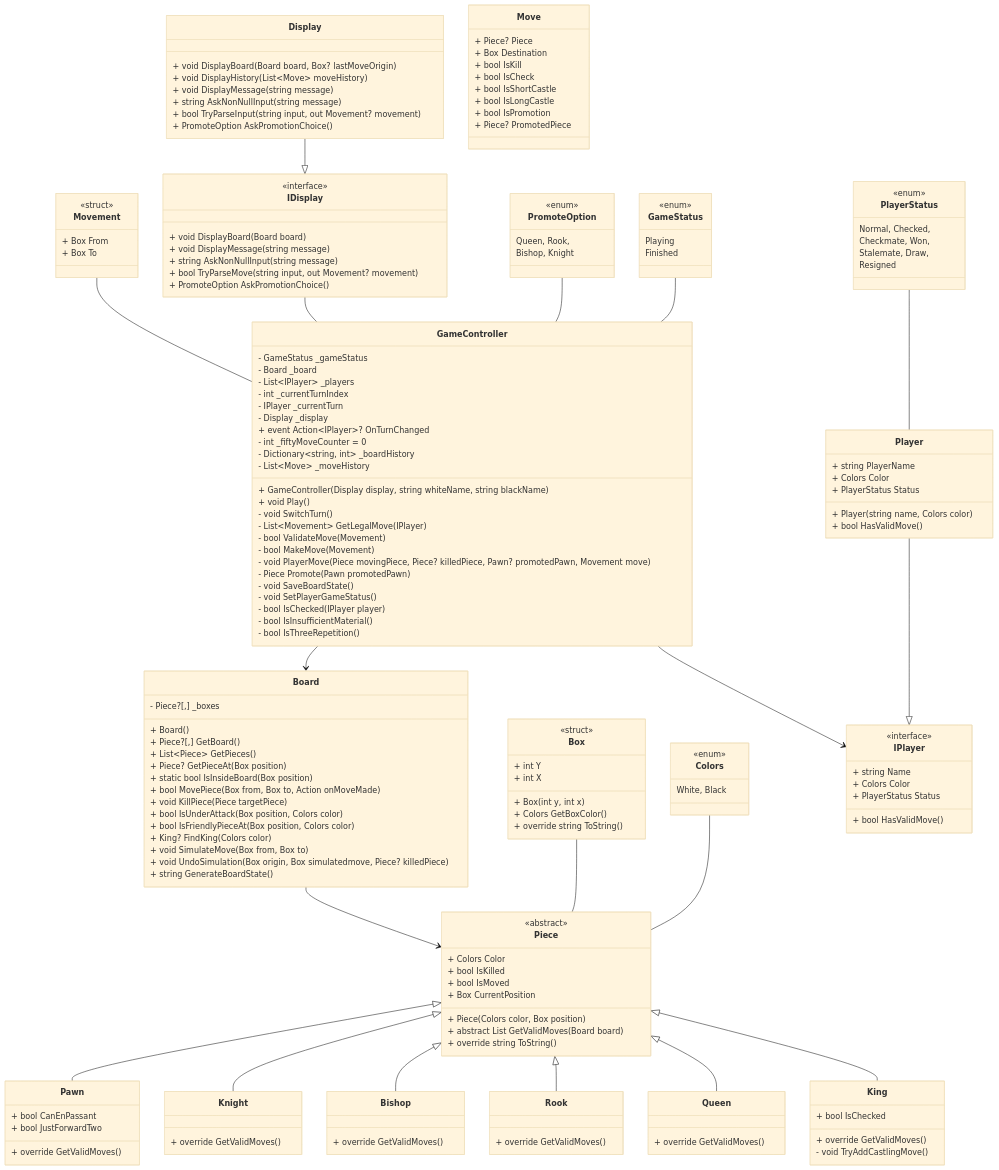
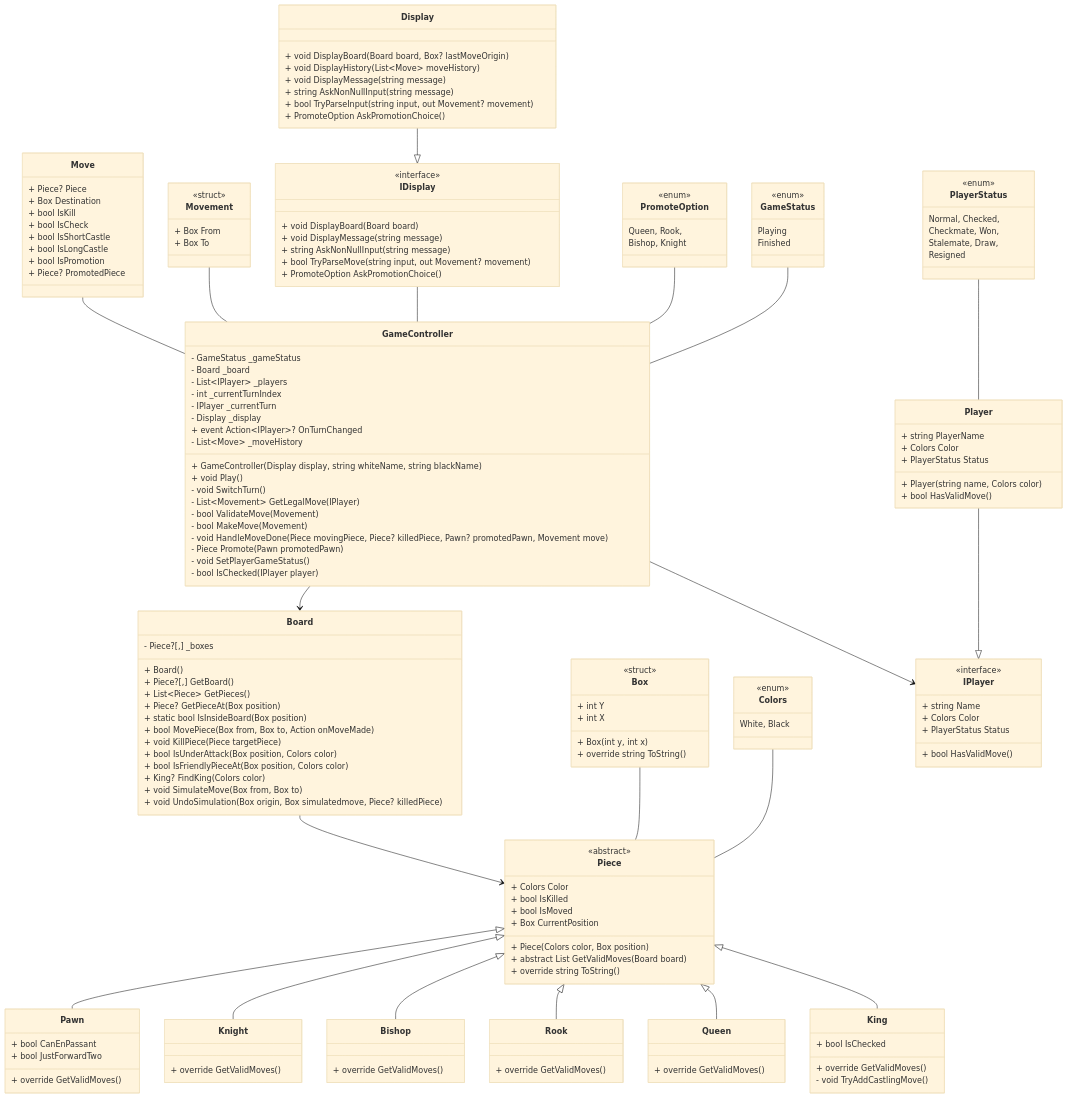
Before and after one commit to soniaagst/project-sonia: the diagram in BoardGame/chess2.mmd, drawn with Mermaid (base theme). The commit also changed 32 other files, not shown here.

```diff
--- a/BoardGame/chess2.mmd
+++ b/BoardGame/chess2.mmd
@@ -1,190 +1,184 @@
 classDiagram
     class GameController {
         - GameStatus _gameStatus
         - Board _board
         - List~IPlayer~ _players
         - int _currentTurnIndex
         - IPlayer _currentTurn
         - Display _display
         + event Action~IPlayer~? OnTurnChanged
-        - int _fiftyMoveCounter = 0
-        - Dictionary~string, int~ _boardHistory
         - List~Move~ _moveHistory
         + GameController(Display display, string whiteName, string blackName)
         + void Play()
         - void SwitchTurn()
         - List~Movement~ GetLegalMove(IPlayer)
         - bool ValidateMove(Movement)
         - bool MakeMove(Movement)
-        - void PlayerMove(Piece movingPiece, Piece? killedPiece, Pawn? promotedPawn, Movement move)
+        - void HandleMoveDone(Piece movingPiece, Piece? killedPiece, Pawn? promotedPawn, Movement move)
         - Piece Promote(Pawn promotedPawn)
-        - void SaveBoardState()
         - void SetPlayerGameStatus()
         - bool IsChecked(IPlayer player)
-        - bool IsInsufficientMaterial()
-        - bool IsThreeRepetition()
     }
 
     class Display {
         + void DisplayBoard(Board board, Box? lastMoveOrigin)
         + void DisplayHistory(List~Move~ moveHistory)
         + void DisplayMessage(string message)
         + string AskNonNullInput(string message)
         + bool TryParseInput(string input, out Movement? movement)
         + PromoteOption AskPromotionChoice()
     }
 
     class Board {
         - Piece?[,] _boxes
         + Board()
         + Piece?[,] GetBoard()
         + List~Piece~ GetPieces()
         + Piece? GetPieceAt(Box position)
         + static bool IsInsideBoard(Box position)
         + bool MovePiece(Box from, Box to, Action onMoveMade)
         + void KillPiece(Piece targetPiece)
         + bool IsUnderAttack(Box position, Colors color)
         + bool IsFriendlyPieceAt(Box position, Colors color)
         + King? FindKing(Colors color)
         + void SimulateMove(Box from, Box to)
         + void UndoSimulation(Box origin, Box simulatedmove, Piece? killedPiece)
-        + string GenerateBoardState()
     }
 
     class Piece {
         <<abstract>>
         + Colors Color
         + bool IsKilled
         + bool IsMoved
         + Box CurrentPosition
         + Piece(Colors color, Box position)
         + abstract List<Position> GetValidMoves(Board board)
         + override string ToString()
     }
 
     class Pawn {
         + bool CanEnPassant
         + bool JustForwardTwo
         + override GetValidMoves()
     }
 
     class Knight {
         + override GetValidMoves()
     }
 
     class Bishop {
         + override GetValidMoves()
     }
 
     class Rook {
         + override GetValidMoves()
     }
 
     class Queen {
         + override GetValidMoves()
     }
 
     class King {
         + bool IsChecked
         + override GetValidMoves()
         - void TryAddCastlingMove()
     }
 
     class Player {
         + string PlayerName
         + Colors Color
         + PlayerStatus Status
         + Player(string name, Colors color)
         + bool HasValidMove()
     }
 
     class Movement {
         <<struct>>
         + Box From
         + Box To
     }
 
     class Move {
         + Piece? Piece
         + Box Destination
         + bool IsKill
         + bool IsCheck
         + bool IsShortCastle
         + bool IsLongCastle
         + bool IsPromotion
         + Piece? PromotedPiece
     }
 
     class Box {
         <<struct>>
         + int Y
         + int X
         + Box(int y, int x)
-        + Colors GetBoxColor()
         + override string ToString()
     }
 
     class GameStatus {
         <<enum>>
         Playing
         Finished
     }
 
     class PlayerStatus {
         <<enum>>
         Normal, Checked,
         Checkmate, Won,
         Stalemate, Draw,
         Resigned
     }
 
     class PromoteOption {
         <<enum>>
         Queen, Rook,
         Bishop, Knight
     }
 
     class Colors {
         <<enum>>
         White, Black
     }
 
     class IPlayer {
         <<interface>>
         + string Name
         + Colors Color
         + PlayerStatus Status
         + bool HasValidMove ()
     }
 
     class IDisplay {
         <<interface>>
         + void DisplayBoard(Board board)
         + void DisplayMessage(string message) 
         + string AskNonNullInput(string message)
         + bool TryParseMove(string input, out Movement? movement)
         + PromoteOption AskPromotionChoice()
     }
 
     GameController --> Board
     GameController --> IPlayer
 
     Board --> Piece
     
     Piece <|-- Pawn
     Piece <|-- Knight
     Piece <|-- Bishop
     Piece <|-- Rook
     Piece <|-- Queen
     Piece <|-- King
     
     Player --|> IPlayer
     Display --|> IDisplay
     
+    Move -- GameController
     Movement -- GameController
     IDisplay -- GameController
     PromoteOption -- GameController
     GameStatus -- GameController
     PlayerStatus -- Player
     Box --Piece
     Colors -- Piece
```
